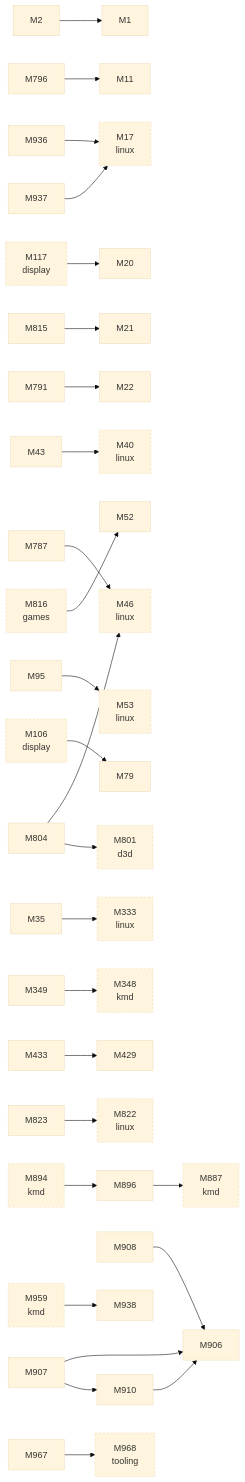
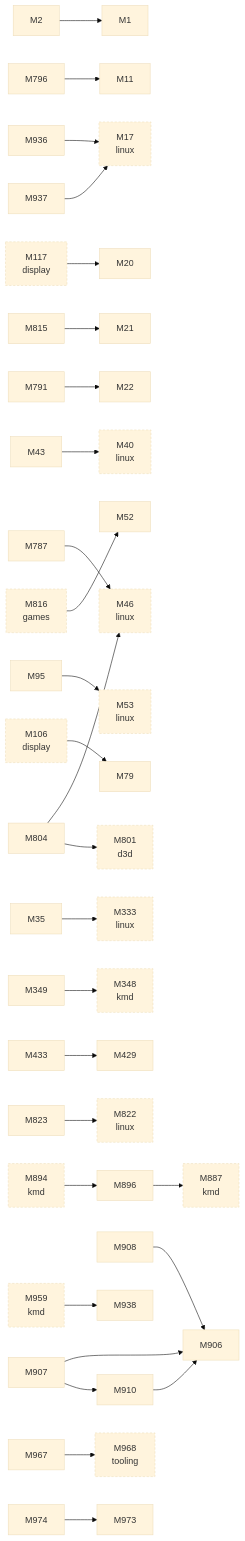
The third of 3 diagrams in docs/facts/graphs/hardware.md (D-Ogi/amdgpu-wddm), drawn with Mermaid (base theme) before and after one commit. The commit also changed other lines of this file and 16 other files, not shown here.

````diff
--- a/docs/facts/graphs/hardware.md
+++ b/docs/facts/graphs/hardware.md
@@ -217,75 +219,78 @@
 ```mermaid
 flowchart LR
   M1["M1"]
   M2["M2"]
   M11["M11"]
   M17["M17<br/>linux"]
   M20["M20"]
   M21["M21"]
   M22["M22"]
   M35["M35"]
   M40["M40<br/>linux"]
   M43["M43"]
   M46["M46<br/>linux"]
   M52["M52"]
   M53["M53<br/>linux"]
   M79["M79"]
   M95["M95"]
   M106["M106<br/>display"]
   M117["M117<br/>display"]
   M333["M333<br/>linux"]
   M348["M348<br/>kmd"]
   M349["M349"]
   M429["M429"]
   M433["M433"]
   M787["M787"]
   M791["M791"]
   M796["M796"]
   M801["M801<br/>d3d"]
   M804["M804"]
   M815["M815"]
   M816["M816<br/>games"]
   M822["M822<br/>linux"]
   M823["M823"]
   M887["M887<br/>kmd"]
   M894["M894<br/>kmd"]
   M896["M896"]
   M906["M906"]
   M907["M907"]
   M908["M908"]
   M910["M910"]
   M936["M936"]
   M937["M937"]
   M938["M938"]
   M959["M959<br/>kmd"]
   M967["M967"]
   M968["M968<br/>tooling"]
+  M973["M973"]
+  M974["M974"]
   M2 --> M1
   M35 --> M333
   M43 --> M40
   M95 --> M53
   M349 --> M348
   M433 --> M429
   M787 --> M46
   M791 --> M22
   M796 --> M11
   M804 --> M46
   M804 --> M801
   M815 --> M21
   M823 --> M822
   M896 --> M887
   M907 --> M906
   M907 --> M910
   M908 --> M906
   M910 --> M906
   M936 --> M17
   M937 --> M17
   M967 --> M968
+  M974 --> M973
   M894 --> M896
   M959 --> M938
   M106 --> M79
   M117 --> M20
   M816 --> M52
   classDef other stroke-dasharray:4 3
   class M17,M40,M46,M53,M106,M117,M333,M348,M801,M816,M822,M887,M894,M959,M968 other
 ```
````
